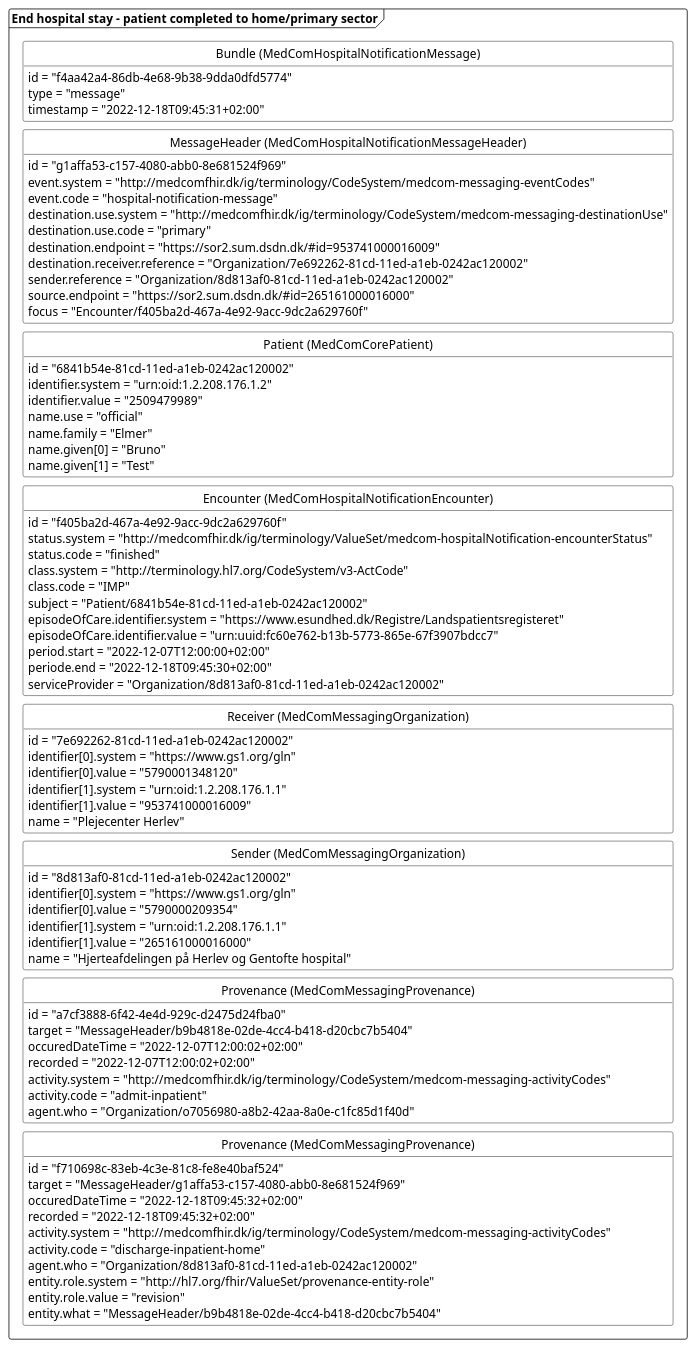
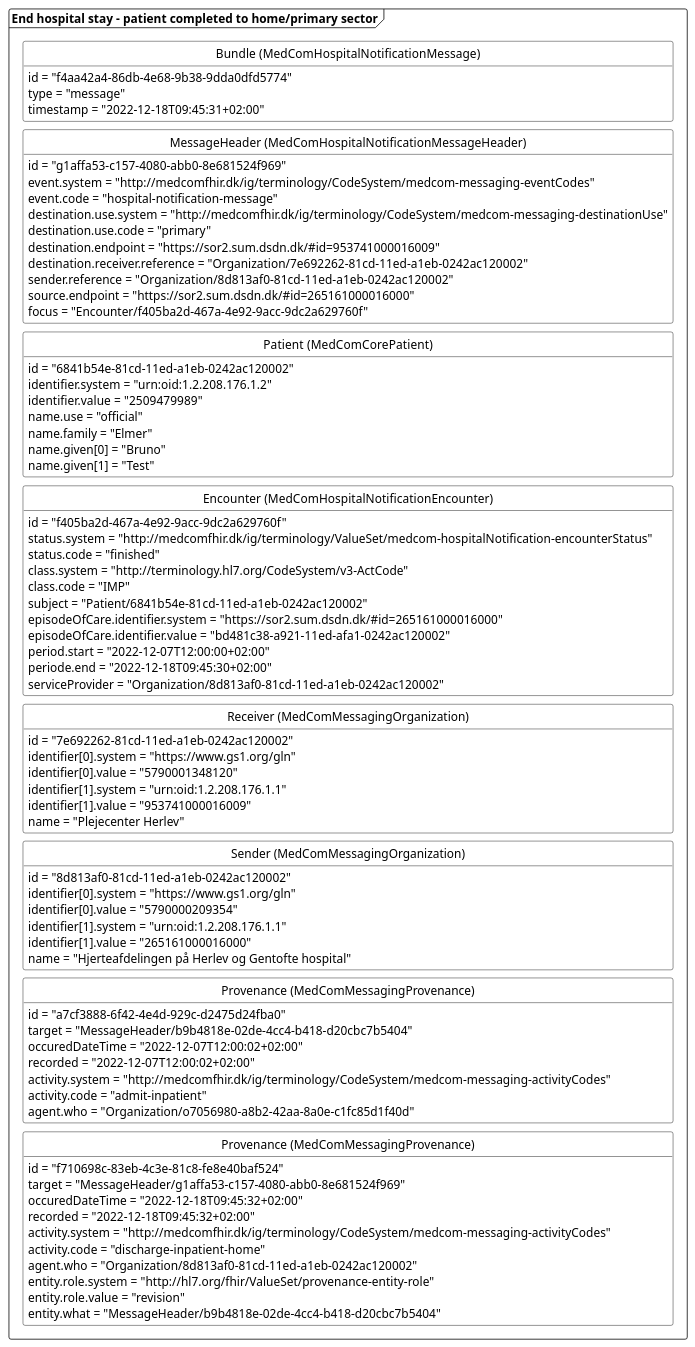
Before and after one commit to medcomdk/dk-medcom-hospitalnotification: the diagram in puml/HospitalNotificationDischarge.puml, drawn with PlantUML. The commit also changed 23 other files, not shown here.

Commit message:
Added description of download and EpisodeOfCare-identifier and updated examples.

```diff
--- a/puml/HospitalNotificationDischarge.puml
+++ b/puml/HospitalNotificationDischarge.puml
@@ -1,105 +1,105 @@
 @startuml HNdischargeInPat
 
 'layout
 skinparam class {
     BackgroundColor White
     BorderColor Black
     ArrowColor Black
   }
 hide circle
 hide empty members
 skinparam SameClassWidth true
 skinparam Ranksep 10
 
 
 package "End hospital stay - patient completed to home/primary sector" as finished <<Frame>>{
     class "Bundle  (MedComHospitalNotificationMessage)" as finishedB{
         id = "f4aa42a4-86db-4e68-9b38-9dda0dfd5774"
         type = "message"
         timestamp = "2022-12-18T09:45:31+02:00"
     }
     class "MessageHeader  (MedComHospitalNotificationMessageHeader)" as finishedMH{
         id = "g1affa53-c157-4080-abb0-8e681524f969"
         event.system = "http://medcomfhir.dk/ig/terminology/CodeSystem/medcom-messaging-eventCodes"
         event.code = "hospital-notification-message"
         destination.use.system = "http://medcomfhir.dk/ig/terminology/CodeSystem/medcom-messaging-destinationUse"
         destination.use.code = "primary"
         destination.endpoint = "https://sor2.sum.dsdn.dk/#id=953741000016009"
         destination.receiver.reference = "Organization/7e692262-81cd-11ed-a1eb-0242ac120002"
         sender.reference = "Organization/8d813af0-81cd-11ed-a1eb-0242ac120002"
         source.endpoint = "https://sor2.sum.dsdn.dk/#id=265161000016000"
         focus = "Encounter/f405ba2d-467a-4e92-9acc-9dc2a629760f"
     }
     class "Patient  (MedComCorePatient)" as finishedPT{
         id = "6841b54e-81cd-11ed-a1eb-0242ac120002"
         identifier.system = "urn:oid:1.2.208.176.1.2"
         identifier.value = "2509479989"
         name.use = "official"
         name.family = "Elmer"
         name.given[0] = "Bruno"
         name.given[1] = "Test"
     }
     class "Encounter  (MedComHospitalNotificationEncounter)" as finishedENC{
         id = "f405ba2d-467a-4e92-9acc-9dc2a629760f"
         status.system = "http://medcomfhir.dk/ig/terminology/ValueSet/medcom-hospitalNotification-encounterStatus"
         status.code = "finished"
         class.system = "http://terminology.hl7.org/CodeSystem/v3-ActCode"
         class.code = "IMP"
         subject = "Patient/6841b54e-81cd-11ed-a1eb-0242ac120002"
-        episodeOfCare.identifier.system = "https://www.esundhed.dk/Registre/Landspatientsregisteret"
-        episodeOfCare.identifier.value = "urn:uuid:fc60e762-b13b-5773-865e-67f3907bdcc7"
+        episodeOfCare.identifier.system = "https://sor2.sum.dsdn.dk/#id=265161000016000"
+        episodeOfCare.identifier.value = "bd481c38-a921-11ed-afa1-0242ac120002"
         period.start = "2022-12-07T12:00:00+02:00"
         periode.end = "2022-12-18T09:45:30+02:00"
         serviceProvider = "Organization/8d813af0-81cd-11ed-a1eb-0242ac120002"
     } 
     class "Receiver (MedComMessagingOrganization)" as finishedROrg{
         id = "7e692262-81cd-11ed-a1eb-0242ac120002"
         identifier[0].system = "https://www.gs1.org/gln"
         identifier[0].value = "5790001348120"
         identifier[1].system = "urn:oid:1.2.208.176.1.1"
         identifier[1].value = "953741000016009"
         name = "Plejecenter Herlev"
     }
     class "Sender (MedComMessagingOrganization)" as finishedSOrg{
         id = "8d813af0-81cd-11ed-a1eb-0242ac120002"
         identifier[0].system = "https://www.gs1.org/gln"
         identifier[0].value = "5790000209354"
         identifier[1].system = "urn:oid:1.2.208.176.1.1"
         identifier[1].value = "265161000016000"
         name = "Hjerteafdelingen på Herlev og Gentofte hospital" 
     }
     class "Provenance (MedComMessagingProvenance)" as admitfinishedPRO{
         id = "a7cf3888-6f42-4e4d-929c-d2475d24fba0"
         target = "MessageHeader/b9b4818e-02de-4cc4-b418-d20cbc7b5404"
         occuredDateTime = "2022-12-07T12:00:02+02:00"
         recorded = "2022-12-07T12:00:02+02:00"
         activity.system = "http://medcomfhir.dk/ig/terminology/CodeSystem/medcom-messaging-activityCodes"
         activity.code = "admit-inpatient"
         agent.who = "Organization/o7056980-a8b2-42aa-8a0e-c1fc85d1f40d"
     }
     class "Provenance (MedComMessagingProvenance)" as finishedPRO{
         id = "f710698c-83eb-4c3e-81c8-fe8e40baf524"
         target = "MessageHeader/g1affa53-c157-4080-abb0-8e681524f969"
         occuredDateTime = "2022-12-18T09:45:32+02:00"
         recorded = "2022-12-18T09:45:32+02:00"
         activity.system = "http://medcomfhir.dk/ig/terminology/CodeSystem/medcom-messaging-activityCodes"
         activity.code = "discharge-inpatient-home"
         agent.who = "Organization/8d813af0-81cd-11ed-a1eb-0242ac120002"
         entity.role.system = "http://hl7.org/fhir/ValueSet/provenance-entity-role"
         entity.role.value = "revision"
         entity.what = "MessageHeader/b9b4818e-02de-4cc4-b418-d20cbc7b5404"
     }
 finishedB-[hidden]-finishedMH
 finishedMH-[hidden]-finishedPT
 finishedPT-[hidden]-finishedENC
 finishedENC-[hidden]-finishedROrg
 finishedROrg-[hidden]-finishedSOrg
 finishedSOrg-[hidden]-admitfinishedPRO
 admitfinishedPRO-[hidden]-finishedPRO
 
 }
 ' pile mellem de to beskeder
 ' admit --> finished
 
 
 @enduml
```
